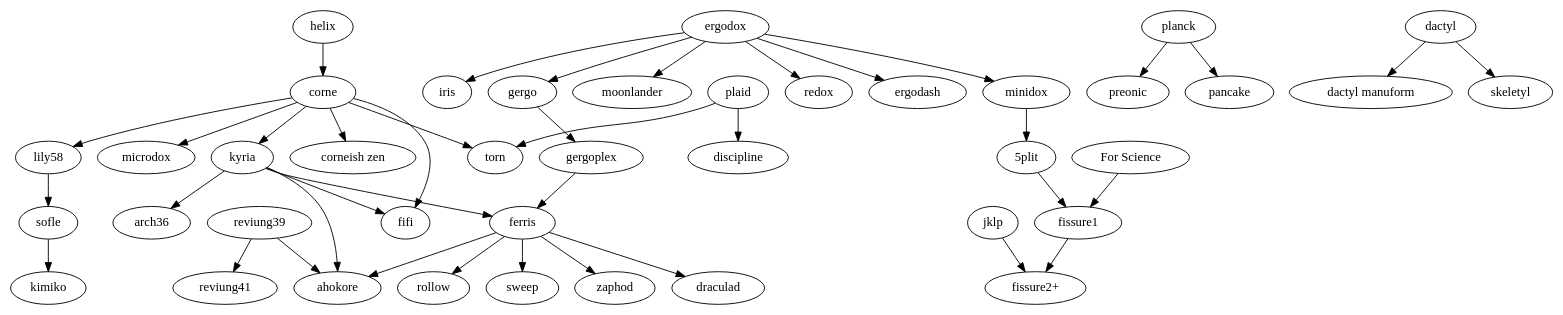
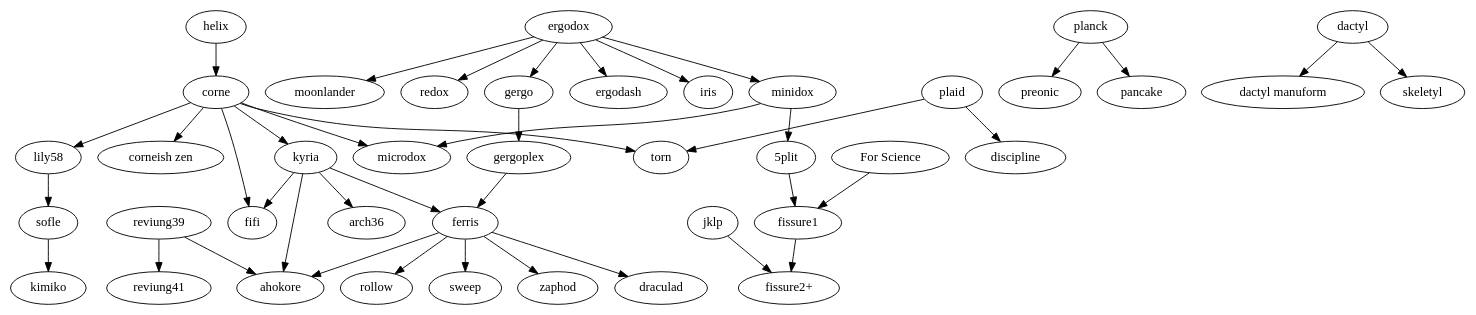
One commit to petejohanson/mk-family-tree changed the diagram in tree.gv. Above: the diagram before and after it, drawn with Graphviz.

Commit message:
Add microdox.

```diff
--- a/tree.gv
+++ b/tree.gv
@@ -1,79 +1,80 @@
 digraph T {
   subgraph splits {
     helix -> corne;
 
     corne -> {
       "corneish zen";
       fifi;
       kyria;
       lily58;
       microdox;
       torn;
     };
 
     lily58 -> sofle;
 
     kyria -> {
         ahokore;
         arch36;
         ferris;
         fifi;
     };
 
     ergodox -> {
       ergodash;
       gergo;
       iris;
       minidox;
       moonlander;
       redox;
     };
 
     gergo -> gergoplex;
     gergoplex -> ferris;
 
     ferris -> {
       ahokore;
       draculad;
       rollow;
       sweep;
       zaphod;
     };
 
     minidox -> {
       "5plit";
+      microdox;
     }
 
     sofle -> kimiko;
 
     "5plit" -> "fissure1";
     "For Science" -> "fissure1";
     fissure1 -> "fissure2+";
     jklp -> "fissure2+";
   }
 
   subgraph unibody {
     reviung39 -> {
       ahokore;
       reviung41;
     };
   };
 
   subgraph ortholinear {
     plaid -> {
       discipline;
       torn;
     };
     planck -> {
       preonic;
       pancake;
     };
   }
 
   subgraph {
     dactyl -> {
       "dactyl manuform";
       skeletyl;
     }
   }
 }
```
